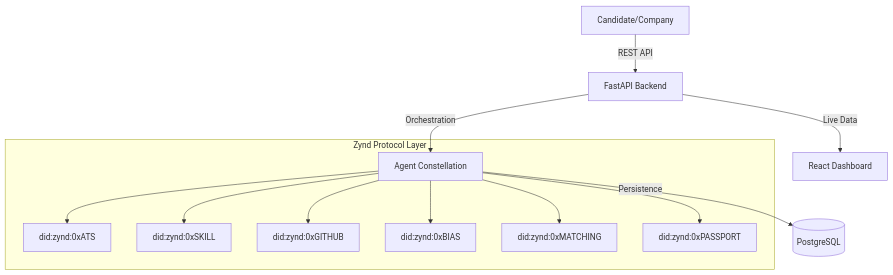
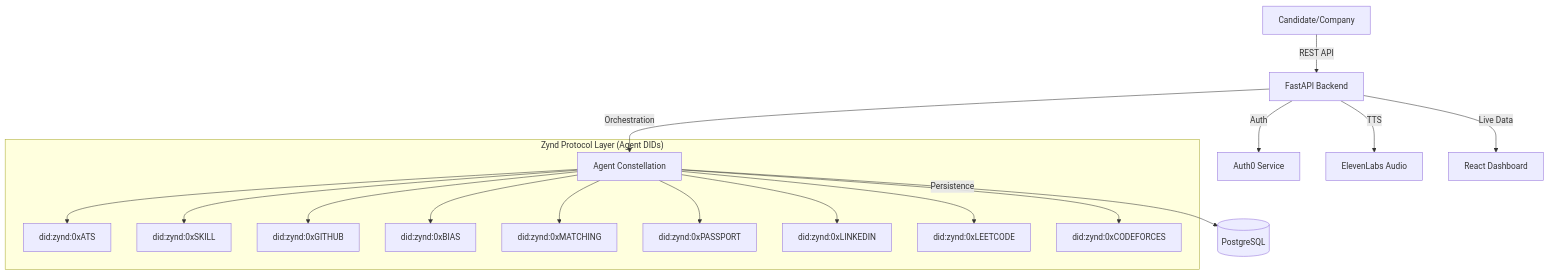
The diagram in README.md (Udbhaw08/HEUREKA_ACEHACK), drawn with Mermaid before and after one commit. The commit also changed other lines of this file and 2 other files, not shown here.

````diff
--- a/README.md
+++ b/README.md
@@ -58,17 +23,22 @@
 ```mermaid
 graph TD
     User[Candidate/Company] -->|REST API| Backend[FastAPI Backend]
+    Backend -->|Auth| Auth0[Auth0 Service]
+    Backend -->|TTS| ElevenLabs[ElevenLabs Audio]
     Backend -->|Orchestration| Agents[Agent Constellation]
 
-    subgraph "Zynd Protocol Layer"
+    subgraph "Zynd Protocol Layer (Agent DIDs)"
         Agents --> ATS[did:zynd:0xATS]
         Agents --> Skill[did:zynd:0xSKILL]
         Agents --> Github[did:zynd:0xGITHUB]
         Agents --> Bias[did:zynd:0xBIAS]
         Agents --> Matching[did:zynd:0xMATCHING]
         Agents --> Passport[did:zynd:0xPASSPORT]
+        Agents --> LinkedIn[did:zynd:0xLINKEDIN]
+        Agents --> Leetcode[did:zynd:0xLEETCODE]
+        Agents --> Codeforces[did:zynd:0xCODEFORCES]
     end
 
     Agents -->|Persistence| DB[(PostgreSQL)]
     Backend -->|Live Data| UI[React Dashboard]
 ```
````
